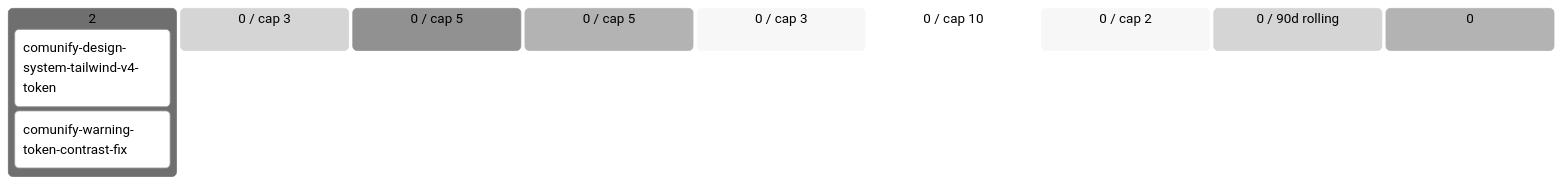
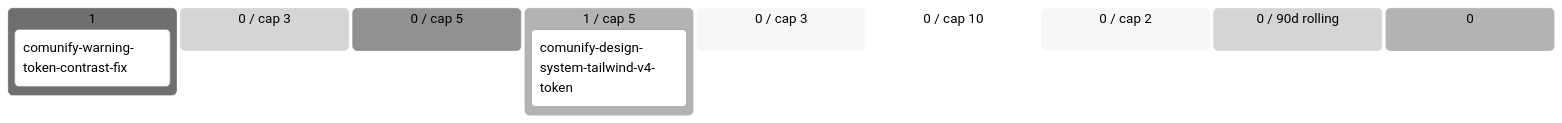
Before and after one commit to alpaca-purpura/luana-platform: the diagram in comunify/docs/product/BACKLOG.md, drawn with Mermaid (neutral theme). The commit also changed other lines of this file and 7 other files, not shown here.

````diff
--- a/comunify/docs/product/BACKLOG.md
+++ b/comunify/docs/product/BACKLOG.md
@@ -40,14 +39,14 @@
 ```mermaid
 kanban
-  💡 Ideas (2)
-    comunify-design-system-tailwin[comunify-design-system-tailwind-v4-token]
+  💡 Ideas (1)
     comunify-warning-token-contras[comunify-warning-token-contrast-fix]
   🔬 Refining (0 / cap 3)
   ✅ Refined (0 / cap 5)
-  📦 Ready (0 / cap 5)
+  📦 Ready (1 / cap 5)
+    comunify-design-system-tailwin[comunify-design-system-tailwind-v4-token]
   🔨 Developing (0 / cap 3)
   🧪 Developed (0 / cap 10)
   🔍 Reviewing (0 / cap 2)
   ✅ Done (0 / 90d rolling)
   🅿 Parked (0)
 ```
````
